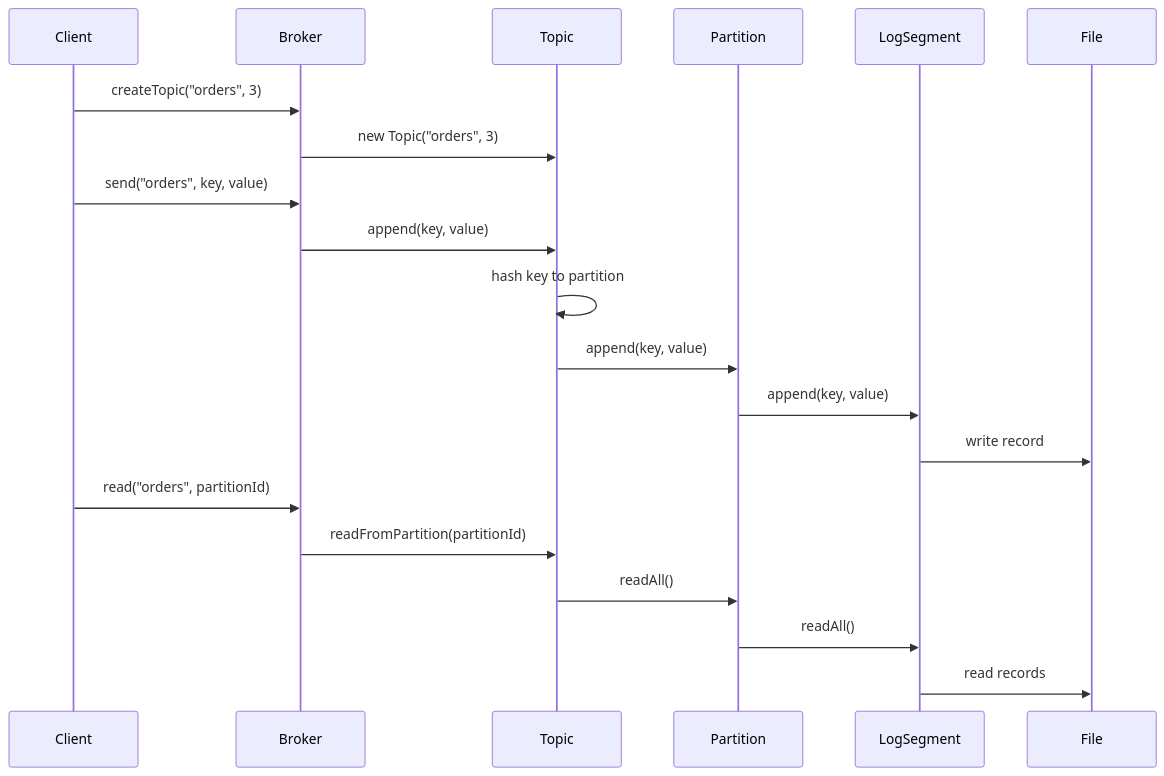
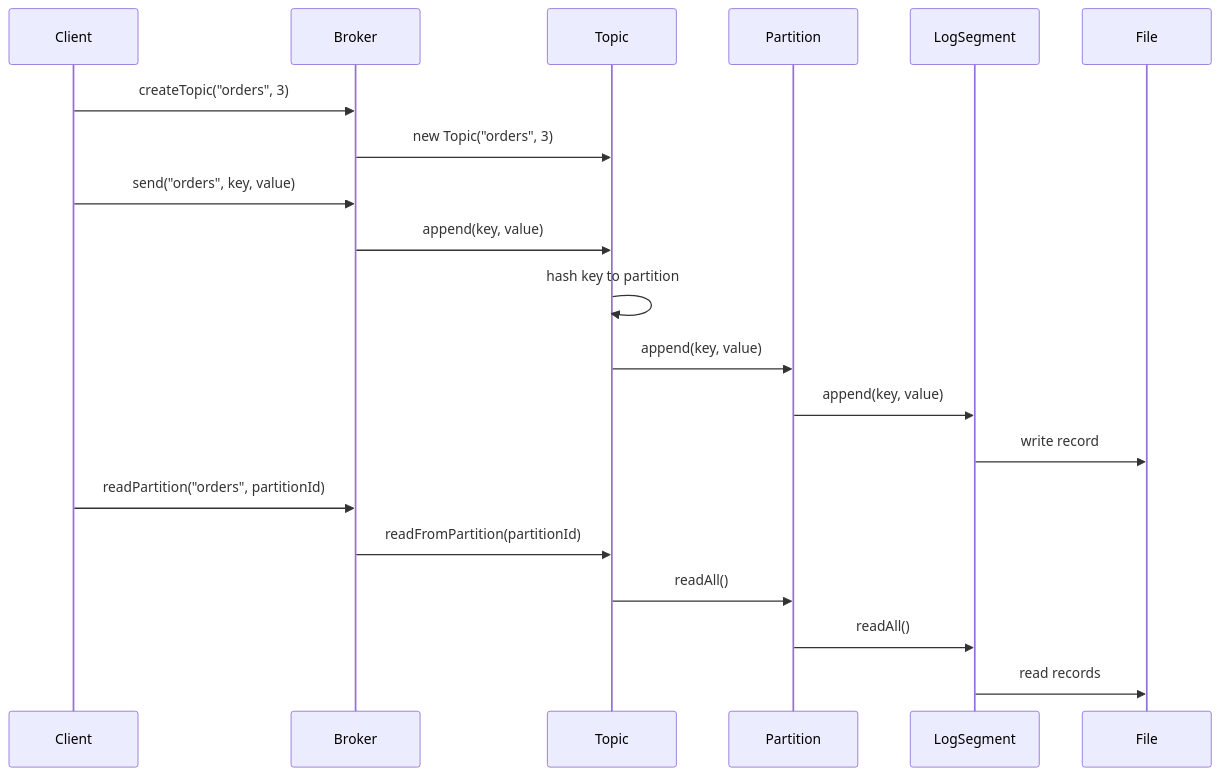
Before and after one commit to mthaiseer/springcloud-systemdesign-notes: the second of 3 diagrams in HLD_NOTES/006_MINI_PROJECTS/001_MINI_PROJECTS/Kafka/010_Broker_API.md, drawn with Mermaid. The commit also changed other lines of this file and 1 other file, not shown here.

````diff
--- a/HLD_NOTES/006_MINI_PROJECTS/001_MINI_PROJECTS/Kafka/010_Broker_API.md
+++ b/HLD_NOTES/006_MINI_PROJECTS/001_MINI_PROJECTS/Kafka/010_Broker_API.md
@@ -122,25 +93,25 @@
 ```mermaid
 sequenceDiagram
     participant Client
     participant Broker
     participant Topic
     participant Partition
     participant LogSegment
     participant File
 
     Client->>Broker: createTopic("orders", 3)
     Broker->>Topic: new Topic("orders", 3)
 
     Client->>Broker: send("orders", key, value)
     Broker->>Topic: append(key, value)
     Topic->>Topic: hash key to partition
     Topic->>Partition: append(key, value)
     Partition->>LogSegment: append(key, value)
     LogSegment->>File: write record
 
-    Client->>Broker: read("orders", partitionId)
+    Client->>Broker: readPartition("orders", partitionId)
     Broker->>Topic: readFromPartition(partitionId)
     Topic->>Partition: readAll()
     Partition->>LogSegment: readAll()
     LogSegment->>File: read records
 ```
````
